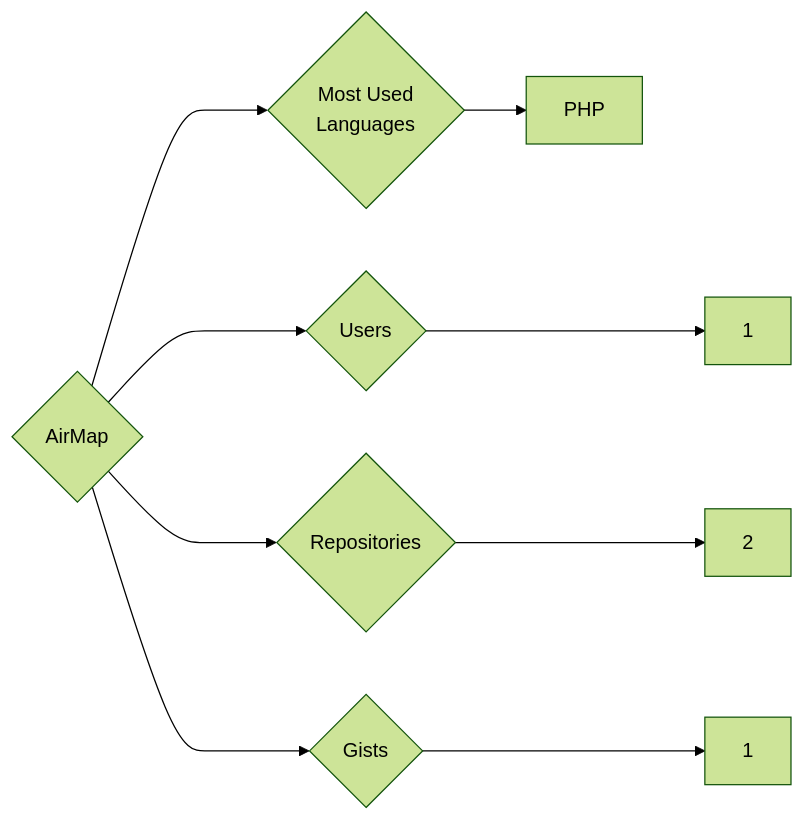
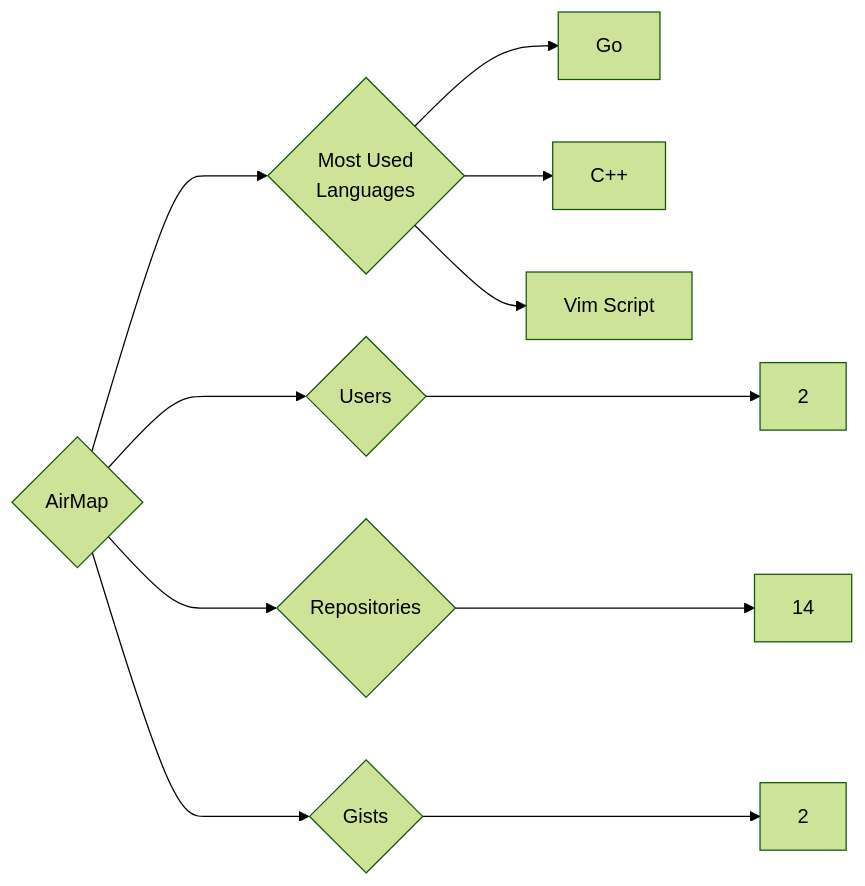
Before and after one commit to trickest/insiders: the diagram in targets/AirMap/README.md, drawn with Mermaid (forest theme). The commit also changed 614 other files, not shown here.

````diff
--- a/targets/AirMap/README.md
+++ b/targets/AirMap/README.md
@@ -3,9 +3,11 @@
 ```mermaid
 graph LR
 COMPANY_NAME{AirMap}
-COMPANY_NAME ---> U{Users} ---> UN[1]
-COMPANY_NAME ---> R{Repositories} ---> RN[2]
-COMPANY_NAME ---> G{Gists} ---> GN[1]
+COMPANY_NAME ---> U{Users} ---> UN[2]
+COMPANY_NAME ---> R{Repositories} ---> RN[14]
+COMPANY_NAME ---> G{Gists} ---> GN[2]
 COMPANY_NAME ---> ML{Most Used<br>Languages}
-ML --> PHP[PHP]
+ML --> Go[Go]
+ML --> C++[C++]
+ML --> Vim_Script[Vim Script]
 ```
````
